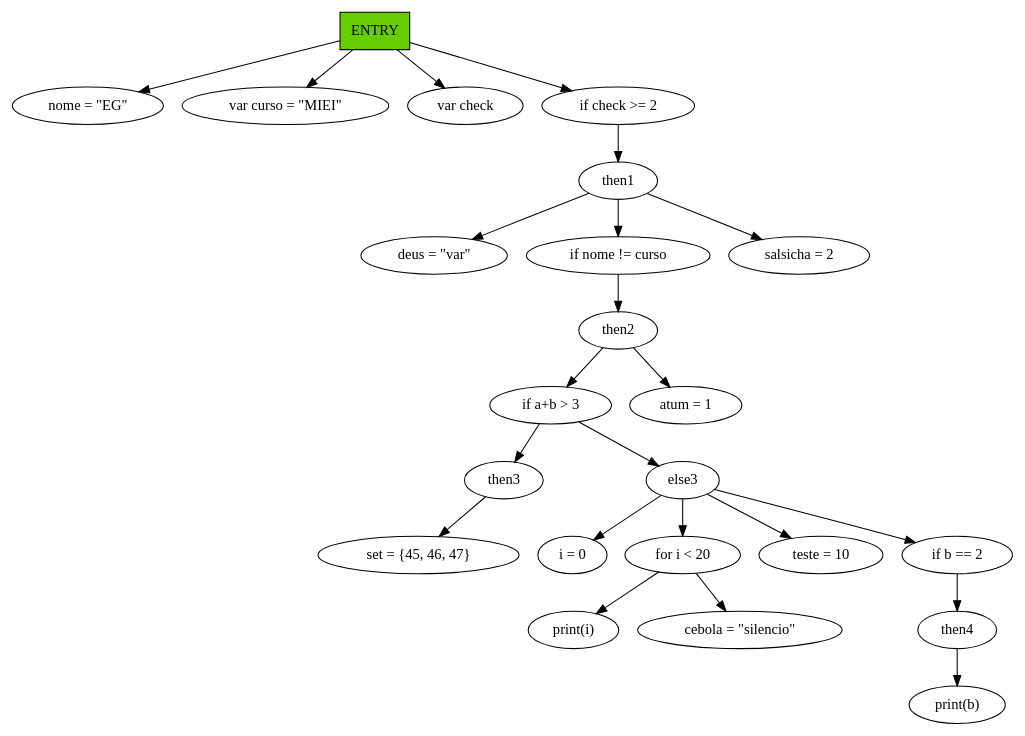
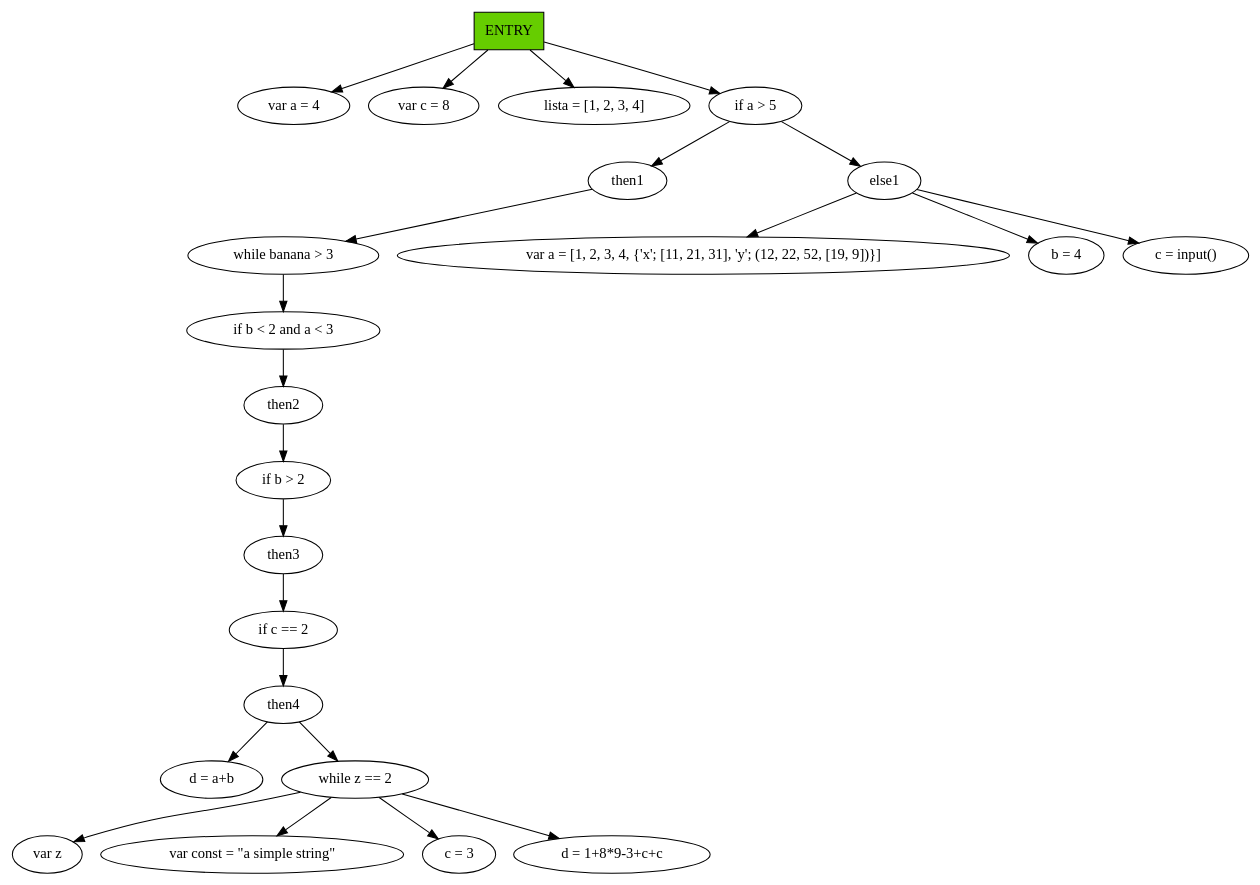
The diagram in TP3/graphs/SDG.gv (mishlawi/MEI-EG-TrabalhosPraticos), drawn with Graphviz before and after one commit. The commit also changed 7 other files, not shown here.

```diff
--- a/TP3/graphs/SDG.gv
+++ b/TP3/graphs/SDG.gv
@@ -1,25 +1,25 @@
 digraph SDG {
 	ENTRY [fillcolor=chartreuse3 shape=box style=filled]
-	ENTRY -> "nome = \"EG\""
-	ENTRY -> "var curso = \"MIEI\""
-	ENTRY -> "var check"
-	ENTRY -> "if check >= 2"
-	"if check >= 2" -> then1
-	then1 -> "deus = \"var\""
-	then1 -> "if nome != curso"
-	"if nome != curso" -> then2
-	then2 -> "if a+b > 3"
-	"if a+b > 3" -> then3
-	then3 -> "set = {45, 46, 47}"
-	"if a+b > 3" -> else3
-	else3 -> "i = 0"
-	else3 -> "for i < 20"
-	"for i < 20" -> "print(i)"
-	"for i < 20" -> "cebola = \"silencio\""
-	else3 -> "teste = 10"
-	else3 -> "if b == 2"
-	"if b == 2" -> then4
-	then4 -> "print(b)"
-	then2 -> "atum = 1"
-	then1 -> "salsicha = 2"
+	ENTRY -> "var a = 4"
+	ENTRY -> "var c = 8"
+	ENTRY -> "lista = [1, 2, 3, 4]"
+	ENTRY -> "if a > 5"
+	"if a > 5" -> then1
+	then1 -> "while banana > 3"
+	"while banana > 3" -> "if b < 2 and a < 3"
+	"if b < 2 and a < 3" -> then2
+	then2 -> "if b > 2"
+	"if b > 2" -> then3
+	then3 -> "if c == 2"
+	"if c == 2" -> then4
+	then4 -> "d = a+b"
+	then4 -> "while z == 2"
+	"while z == 2" -> "var z"
+	"while z == 2" -> "var const = \"a simple string\""
+	"while z == 2" -> "c = 3"
+	"while z == 2" -> "d = 1+8*9-3+c+c"
+	"if a > 5" -> else1
+	else1 -> "var a = [1, 2, 3, 4, {'x'; [11, 21, 31], 'y'; (12, 22, 52, [19, 9])}]"
+	else1 -> "b = 4"
+	else1 -> "c = input()"
 }
```
